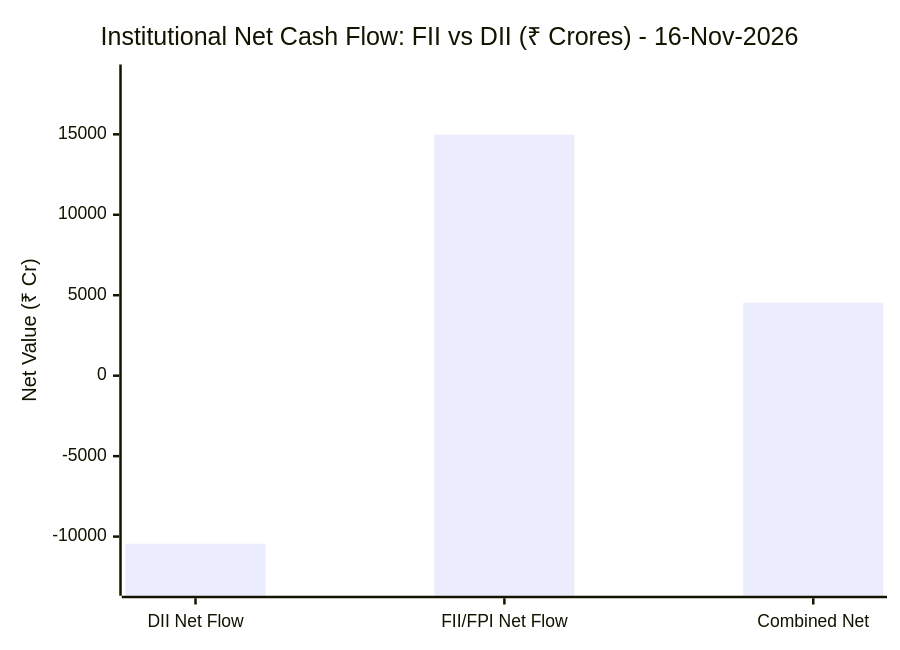
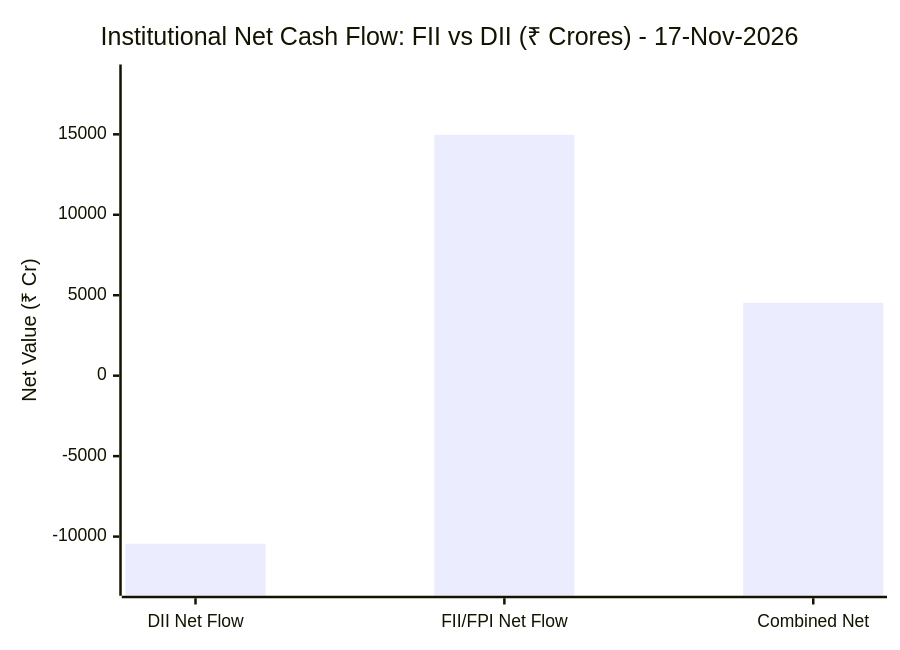
One commit to purnareddy9/dev changed the diagram in market-intelligence/README.md. Above: the diagram before and after it, drawn with Mermaid. The commit also changed other lines of this file and 4 other files, not shown here.

````diff
--- a/market-intelligence/README.md
+++ b/market-intelligence/README.md
@@ -65,7 +65,7 @@
 ```mermaid
 xychart-beta
-    title "Institutional Net Cash Flow: FII vs DII (₹ Crores) - 16-Nov-2026"
+    title "Institutional Net Cash Flow: FII vs DII (₹ Crores) - 17-Nov-2026"
     x-axis ["DII Net Flow", "FII/FPI Net Flow", "Combined Net"]
     y-axis "Net Value (₹ Cr)" -13055 --> 18718
     bar [-10444.54, 14974.68, 4530.14]
 ```
````
